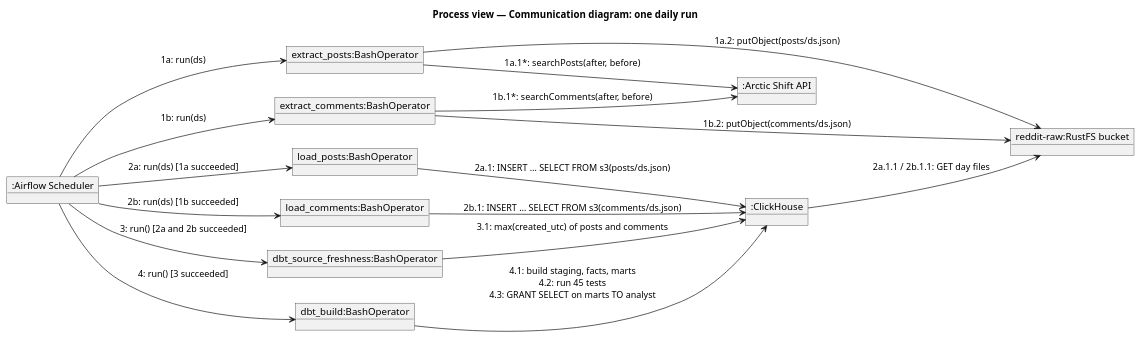
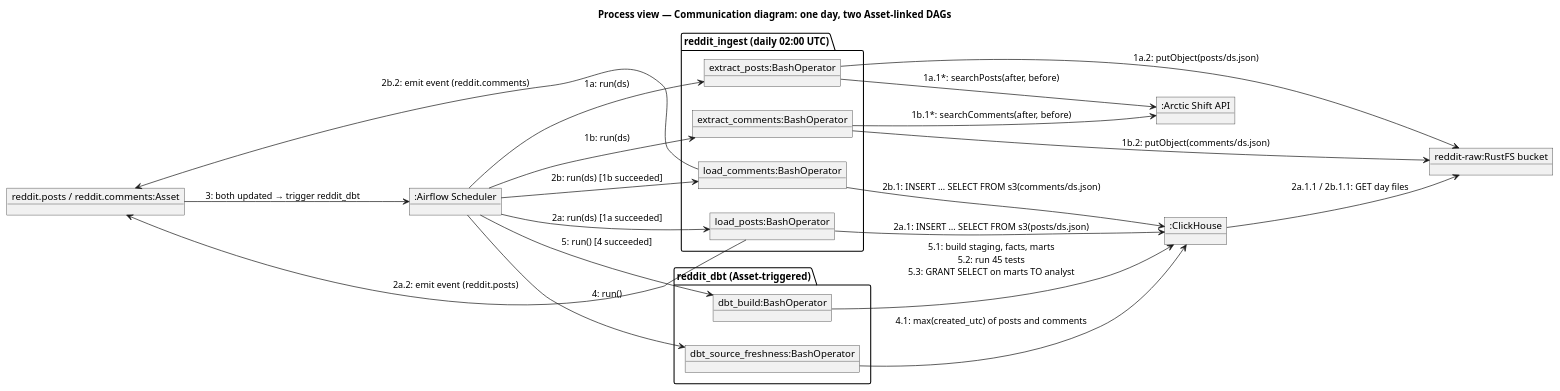
Before and after one commit to modsomjeed/reddit-dataeng: the diagram in docs/architecture/diagrams/communication-daily-run.puml, drawn with PlantUML. The commit also changed 9 other files, not shown here.

Commit message:
docs(architecture): show ingestion and dbt as asset-linked dags

```diff
--- a/docs/architecture/diagrams/communication-daily-run.puml
+++ b/docs/architecture/diagrams/communication-daily-run.puml
@@ -1,32 +1,40 @@
 @startuml communication-daily-run
-title Process view — Communication diagram: one daily run
+title Process view — Communication diagram: one day, two Asset-linked DAGs
 skinparam shadowing false
 left to right direction
 
 object ":Airflow Scheduler" as scheduler
-object "extract_posts:BashOperator" as extractp
-object "extract_comments:BashOperator" as extractc
-object "load_posts:BashOperator" as loadp
-object "load_comments:BashOperator" as loadc
-object "dbt_source_freshness:BashOperator" as fresh
-object "dbt_build:BashOperator" as dbt
+package "reddit_ingest (daily 02:00 UTC)" {
+  object "extract_posts:BashOperator" as extractp
+  object "extract_comments:BashOperator" as extractc
+  object "load_posts:BashOperator" as loadp
+  object "load_comments:BashOperator" as loadc
+}
+package "reddit_dbt (Asset-triggered)" {
+  object "dbt_source_freshness:BashOperator" as fresh
+  object "dbt_build:BashOperator" as dbt
+}
+object "reddit.posts / reddit.comments:Asset" as assets
 object ":Arctic Shift API" as arctic
 object "reddit-raw:RustFS bucket" as bucket
 object ":ClickHouse" as ch
 
 scheduler --> extractp : "1a: run(ds)"
 scheduler --> extractc : "1b: run(ds)"
 extractp --> arctic : "1a.1*: searchPosts(after, before)"
 extractc --> arctic : "1b.1*: searchComments(after, before)"
 extractp --> bucket : "1a.2: putObject(posts/ds.json)"
 extractc --> bucket : "1b.2: putObject(comments/ds.json)"
 scheduler --> loadp : "2a: run(ds) [1a succeeded]"
 scheduler --> loadc : "2b: run(ds) [1b succeeded]"
 loadp --> ch : "2a.1: INSERT … SELECT FROM s3(posts/ds.json)"
 loadc --> ch : "2b.1: INSERT … SELECT FROM s3(comments/ds.json)"
 ch --> bucket : "2a.1.1 / 2b.1.1: GET day files"
-scheduler --> fresh : "3: run() [2a and 2b succeeded]"
-fresh --> ch : "3.1: max(created_utc) of posts and comments"
-scheduler --> dbt : "4: run() [3 succeeded]"
-dbt --> ch : "4.1: build staging, facts, marts\n4.2: run 45 tests\n4.3: GRANT SELECT on marts TO analyst"
+loadp --> assets : "2a.2: emit event (reddit.posts)"
+loadc --> assets : "2b.2: emit event (reddit.comments)"
+assets --> scheduler : "3: both updated → trigger reddit_dbt"
+scheduler --> fresh : "4: run()"
+fresh --> ch : "4.1: max(created_utc) of posts and comments"
+scheduler --> dbt : "5: run() [4 succeeded]"
+dbt --> ch : "5.1: build staging, facts, marts\n5.2: run 45 tests\n5.3: GRANT SELECT on marts TO analyst"
 @enduml
```
